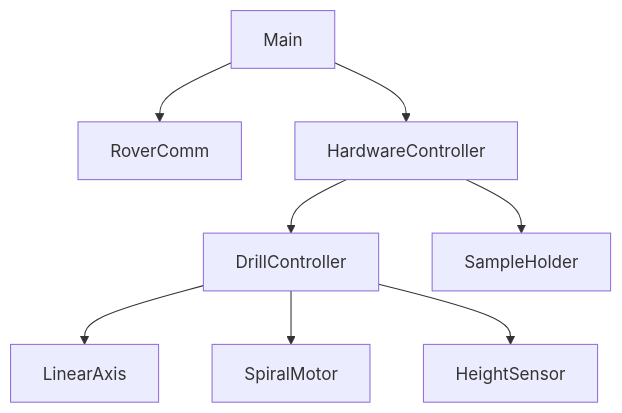
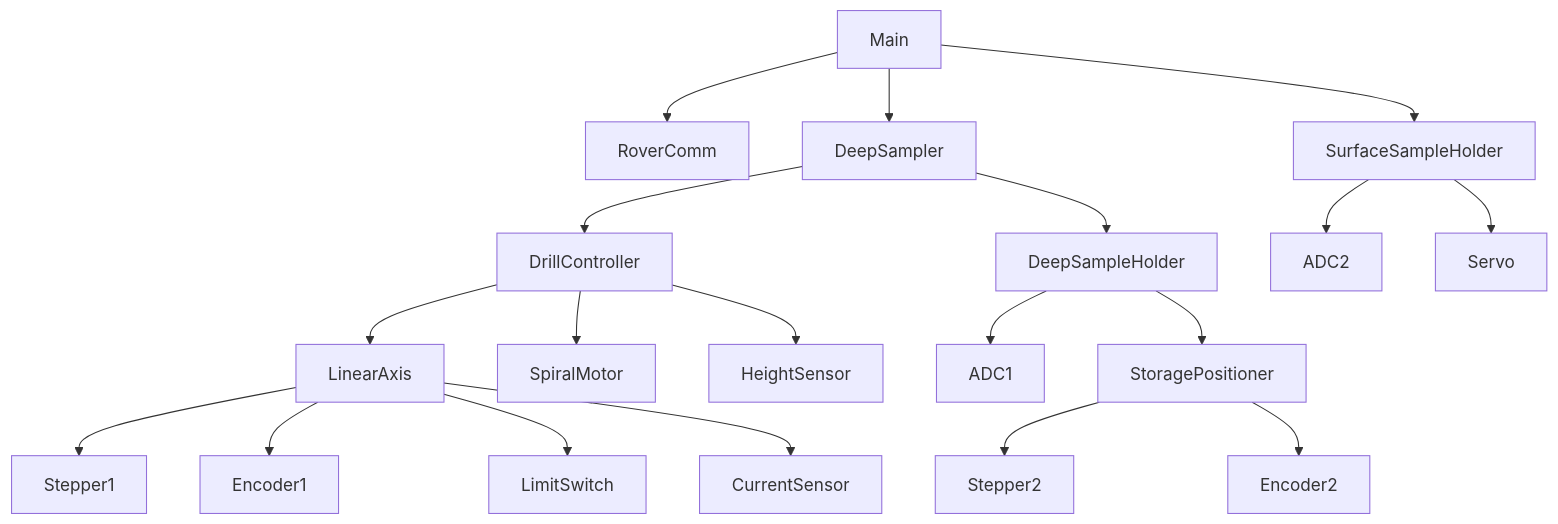
One commit to BrnoMarsRover/Drilling changed the diagram in README.md. Above: the diagram before and after it, drawn with Mermaid.

````diff
--- a/README.md
+++ b/README.md
@@ -21,10 +21,21 @@
 ```mermaid
 graph TD;
     Main-->RoverComm;
-    Main-->HardwareController;
-    HardwareController-->DrillController;
-    HardwareController-->SampleHolder;
-    DrillController-->LinearAxis;
-    DrillController-->SpiralMotor;
-  	DrillController-->HeightSensor;
+    Main-->DeepSampler;
+      DeepSampler-->DrillController;
+        DrillController-->LinearAxis;
+          LinearAxis-->Stepper1;
+          LinearAxis-->Encoder1;
+          LinearAxis-->LimitSwitch;
+          LinearAxis-->CurrentSensor;
+        DrillController-->SpiralMotor;
+      	DrillController-->HeightSensor;
+      DeepSampler-->DeepSampleHolder;
+        DeepSampleHolder-->ADC1
+        DeepSampleHolder-->StoragePositioner
+          StoragePositioner-->Stepper2;
+          StoragePositioner-->Encoder2;
+  Main-->SurfaceSampleHolder;
+    SurfaceSampleHolder-->ADC2
+    SurfaceSampleHolder-->Servo;
 ```
````
